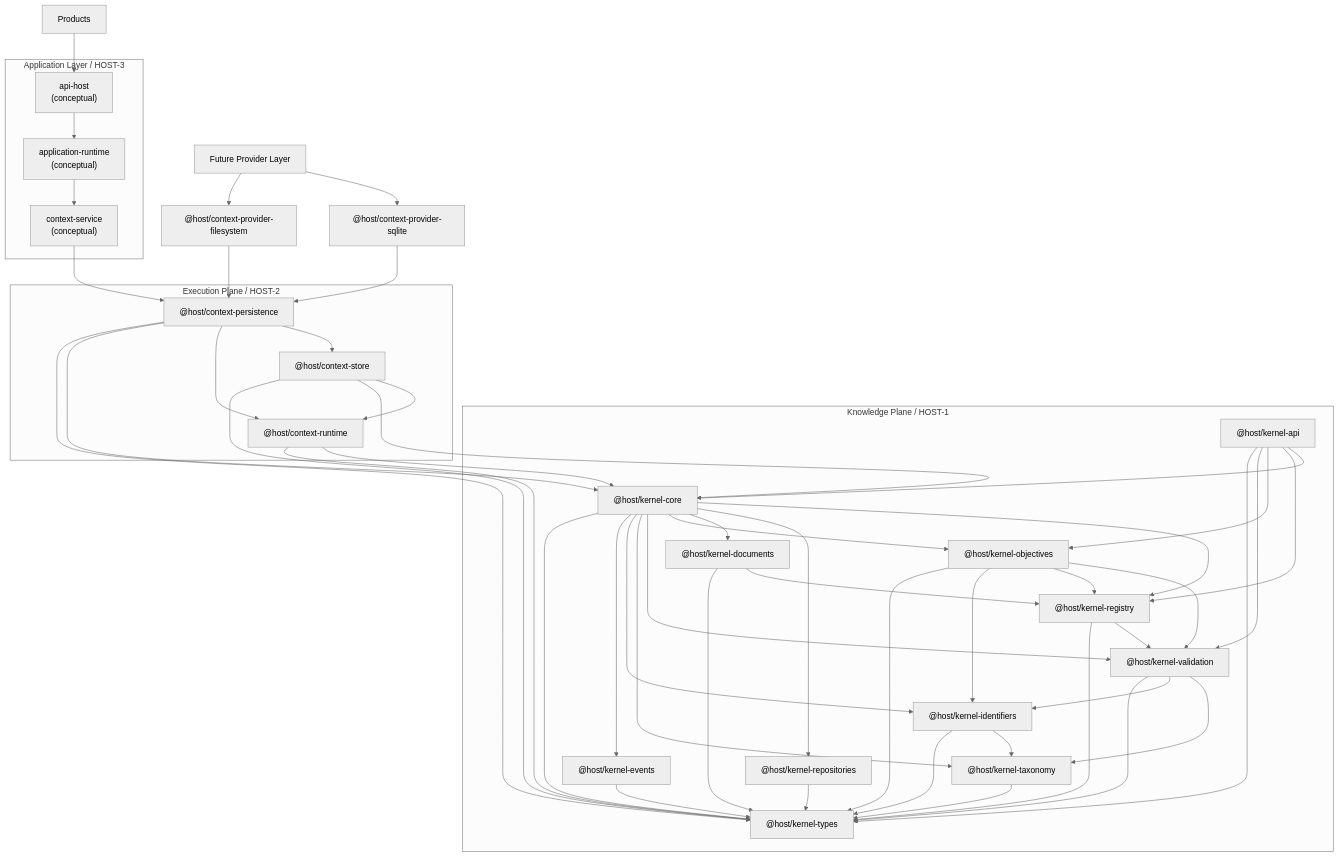
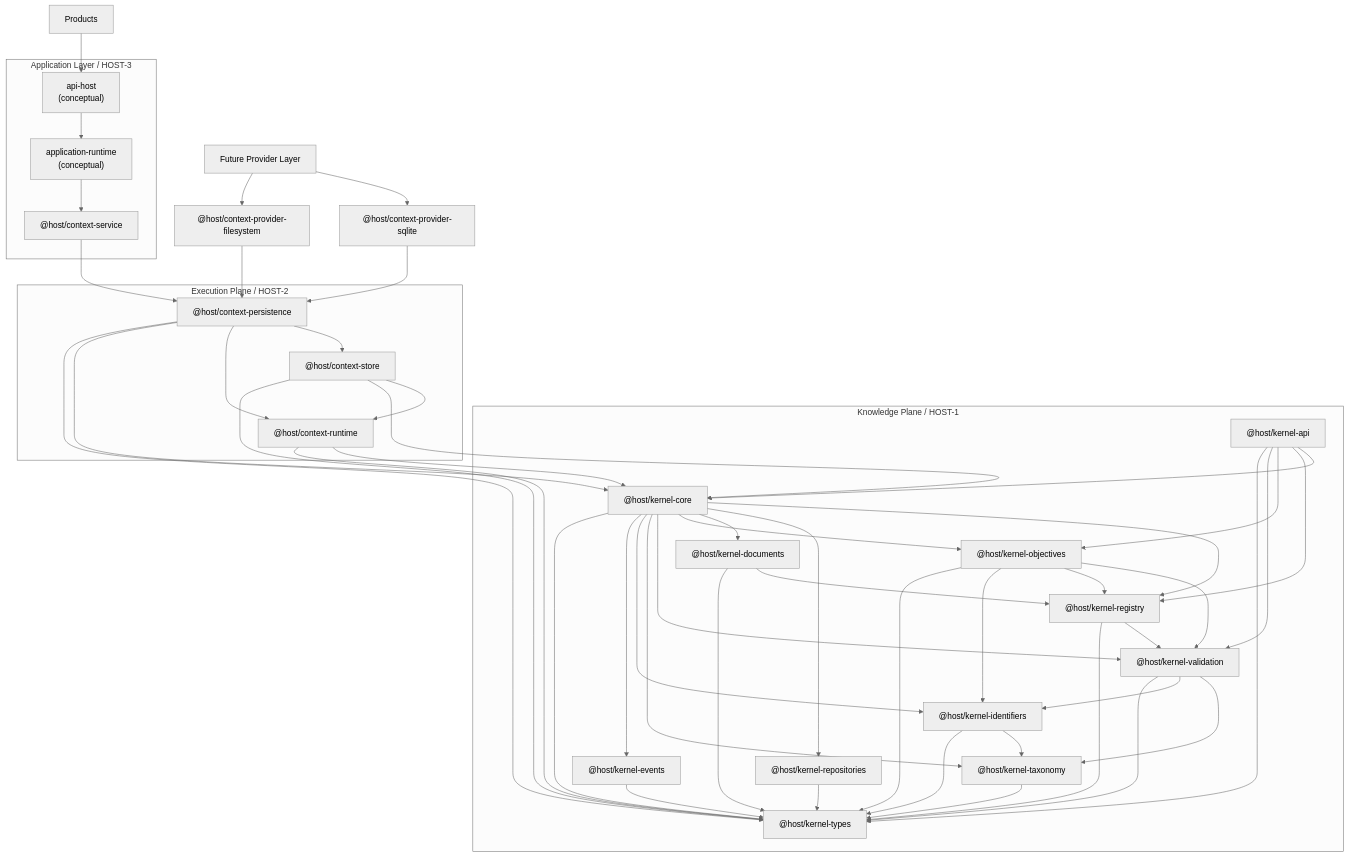
One commit to captjreacher/HOST-kernel changed the diagram in docs/architecture/package-dependency-graph.md. Above: the diagram before and after it, drawn with Mermaid (neutral theme). The commit also changed other lines of this file and 14 other files, not shown here.

Commit message:
feat: implement HOST-3.1 context service boundary

````diff
--- a/docs/architecture/package-dependency-graph.md
+++ b/docs/architecture/package-dependency-graph.md
@@ -3,80 +3,80 @@
 ```mermaid
 graph TD
   subgraph Knowledge["Knowledge Plane / HOST-1"]
   KTypes["@host/kernel-types"]
   KEvents["@host/kernel-events"]
   KIdentifiers["@host/kernel-identifiers"]
   KTaxonomy["@host/kernel-taxonomy"]
   KValidation["@host/kernel-validation"]
   KObjectives["@host/kernel-objectives"]
   KDocuments["@host/kernel-documents"]
   KRepositories["@host/kernel-repositories"]
   KRegistry["@host/kernel-registry"]
   KCore["@host/kernel-core"]
   KApi["@host/kernel-api"]
   end
 
   subgraph Execution["Execution Plane / HOST-2"]
   CtxRuntime["@host/context-runtime"]
   CtxStore["@host/context-store"]
   CtxPersistence["@host/context-persistence"]
   end
 
   ProviderLayer["Future Provider Layer"]
   CtxFsProvider["@host/context-provider-filesystem"]
   CtxSqliteProvider["@host/context-provider-sqlite"]
   subgraph Application["Application Layer / HOST-3"]
-  ContextService["context-service\n(conceptual)"]
+  ContextService["@host/context-service"]
   AppRuntime["application-runtime\n(conceptual)"]
   ApiHost["api-host\n(conceptual)"]
   end
   Products["Products"]
 
   KEvents --> KTypes
   KIdentifiers --> KTypes
   KIdentifiers --> KTaxonomy
   KTaxonomy --> KTypes
   KValidation --> KTypes
   KValidation --> KIdentifiers
   KValidation --> KTaxonomy
   KObjectives --> KTypes
   KObjectives --> KIdentifiers
   KObjectives --> KRegistry
   KObjectives --> KValidation
   KDocuments --> KTypes
   KDocuments --> KRegistry
   KRepositories --> KTypes
   KRegistry --> KTypes
   KRegistry --> KValidation
   KCore --> KTypes
   KCore --> KEvents
   KCore --> KIdentifiers
   KCore --> KTaxonomy
   KCore --> KValidation
   KCore --> KObjectives
   KCore --> KDocuments
   KCore --> KRepositories
   KCore --> KRegistry
   KApi --> KTypes
   KApi --> KValidation
   KApi --> KObjectives
   KApi --> KRegistry
   KApi --> KCore
   CtxRuntime --> KTypes
   CtxRuntime --> KCore
   CtxStore --> KTypes
   CtxStore --> KCore
   CtxStore --> CtxRuntime
   CtxPersistence --> KTypes
   CtxPersistence --> KCore
   CtxPersistence --> CtxRuntime
   CtxPersistence --> CtxStore
   CtxFsProvider --> CtxPersistence
   CtxSqliteProvider --> CtxPersistence
   ProviderLayer --> CtxFsProvider
   ProviderLayer --> CtxSqliteProvider
   ContextService --> CtxPersistence
   AppRuntime --> ContextService
   ApiHost --> AppRuntime
   Products --> ApiHost
 ```
````
